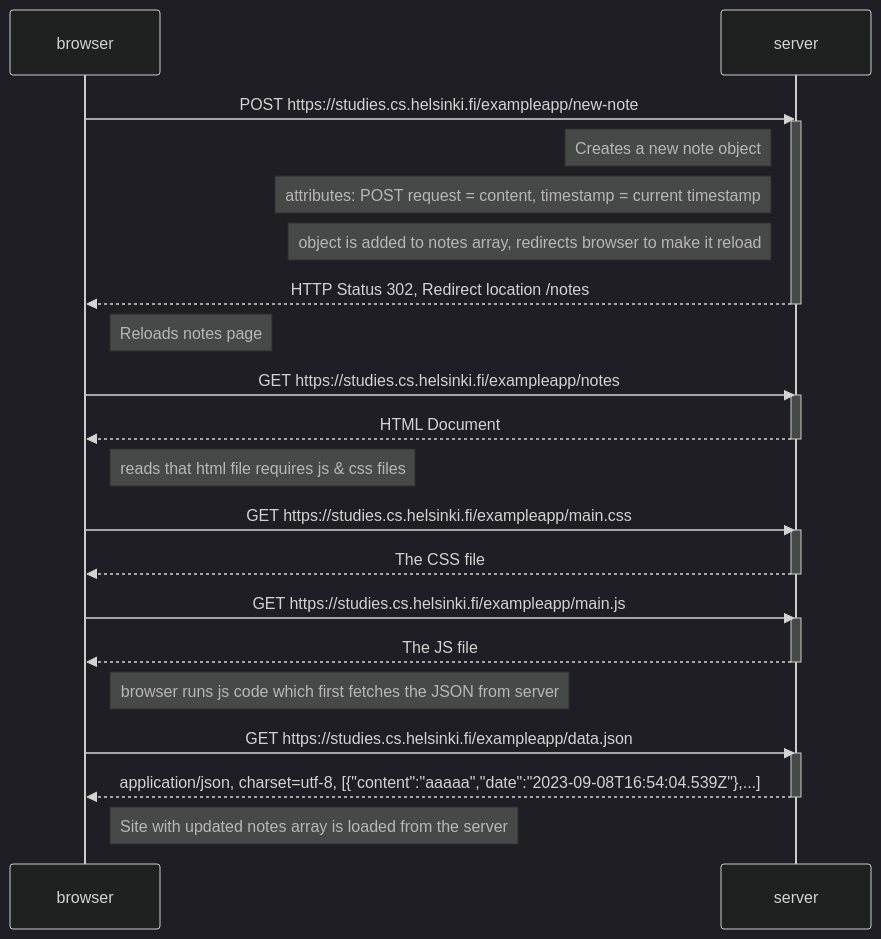
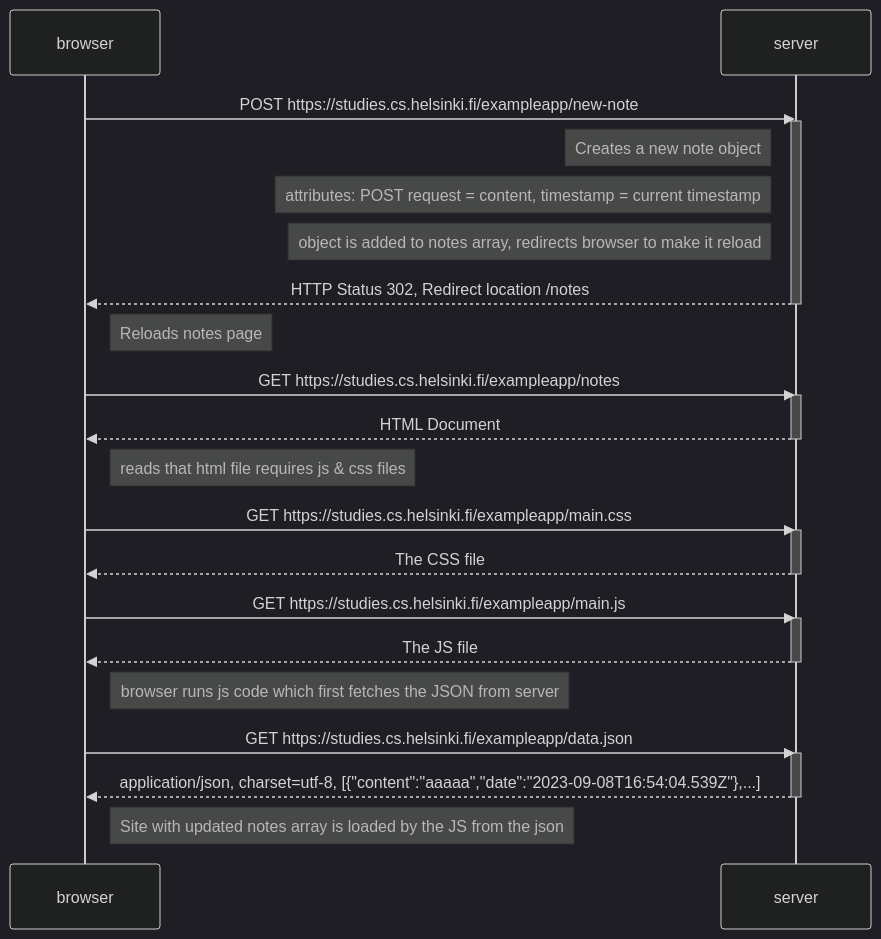
Before and after one commit to Nark-arch/Full-Stack-Open-Coursework: the diagram in part0/0.4 New Note Diagram.Markdown, drawn with Mermaid (dark theme).

Commit message:
Update 0.4 New Note Diagram.Markdown

````diff
--- a/part0/0.4 New Note Diagram.Markdown
+++ b/part0/0.4 New Note Diagram.Markdown
@@ -1,37 +1,37 @@
 ```mermaid
   sequenceDiagram 
     participant browser
     participant server
     browser ->> server: POST https://studies.cs.helsinki.fi/exampleapp/new-note
     activate server
     note left of server: Creates a new note object
     note left of server: attributes: POST request = content, timestamp = current timestamp
     note left of server: object is added to notes array, redirects browser to make it reload
     server -->> browser: HTTP Status 302, Redirect location /notes
     deactivate server
     note right of browser: Reloads notes page
 
     
     browser ->> server: GET https://studies.cs.helsinki.fi/exampleapp/notes
     activate server
     server-->>browser: HTML Document
     deactivate server
     note right of browser: reads that html file requires js & css files
 
     browser ->> server: GET https://studies.cs.helsinki.fi/exampleapp/main.css
     activate server
     server-->> browser: The CSS file
     deactivate server
 
     browser ->> server: GET https://studies.cs.helsinki.fi/exampleapp/main.js
     activate server
     server-->>browser: The JS file
     deactivate server
     
     note right of browser: browser runs js code which first fetches the JSON from server
     browser ->> server: GET https://studies.cs.helsinki.fi/exampleapp/data.json
     activate server
     server -->> browser: application/json, charset=utf-8, [{"content":"aaaaa","date":"2023-09-08T16:54:04.539Z"},...]
     deactivate server
-    note right of browser: Site with updated notes array is loaded from the server
+    note right of browser: Site with updated notes array is loaded by the JS from the json
 ```
````
